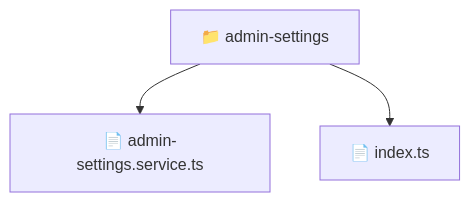
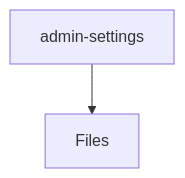
Before and after one commit to beginwebdev2002/fullstack-mavluda: the diagram in frontend/src/entities/admin-settings/README.md, drawn with Mermaid. The commit also changed other lines of this file and 163 other files, not shown here.

First line of the commit message:
feat: autogenerate localized directory readmes for architectural transparency

````diff
--- a/frontend/src/entities/admin-settings/README.md
+++ b/frontend/src/entities/admin-settings/README.md
@@ -11,6 +12,4 @@
 ```mermaid
 graph TD
-  Root["📁 admin-settings"]
-  Root --> admin_settings_service_ts["📄 admin-settings.service.ts"]
-  Root --> index_ts["📄 index.ts"]
+    admin_settings[admin-settings] --> Files
 ```
````
